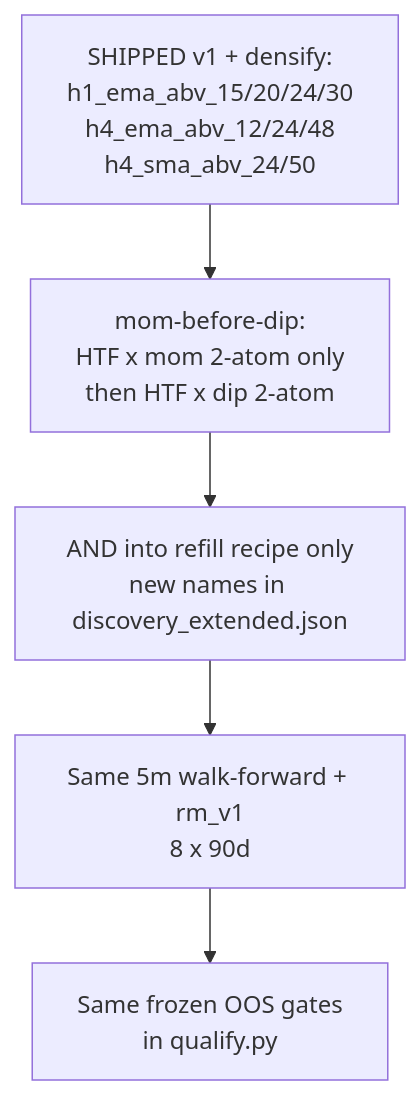
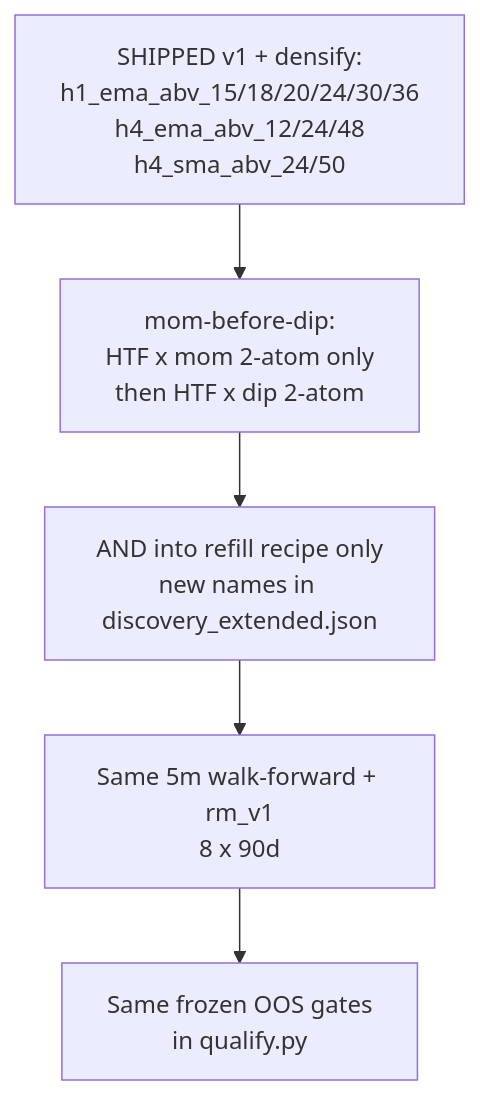
The third of 3 diagrams in docs/WORKFLOW.md (Runemark7/paper-trading-bot), drawn with Mermaid before and after one commit. The commit also changed other lines of this file and 6 other files, not shown here.

First line of the commit message:
feat(discovery): densify h1_ema_abv 18/36 around winning HTF×mom

````diff
--- a/docs/WORKFLOW.md
+++ b/docs/WORKFLOW.md
@@ -139,10 +143,10 @@
 ```mermaid
 flowchart TB
-  shipped["SHIPPED v1 + densify:\nh1_ema_abv_15/20/24/30\nh4_ema_abv_12/24/48\nh4_sma_abv_24/50"]
+  shipped["SHIPPED v1 + densify:\nh1_ema_abv_15/18/20/24/30/36\nh4_ema_abv_12/24/48\nh4_sma_abv_24/50"]
   order["mom-before-dip:\nHTF x mom 2-atom only\nthen HTF x dip 2-atom"]
   mintOnly["AND into refill recipe only\nnew names in discovery_extended.json"]
   sameEval["Same 5m walk-forward + rm_v1\n8 x 90d"]
   sameGate["Same frozen OOS gates\nin qualify.py"]
 
   shipped --> order --> mintOnly --> sameEval --> sameGate
 ```
````
